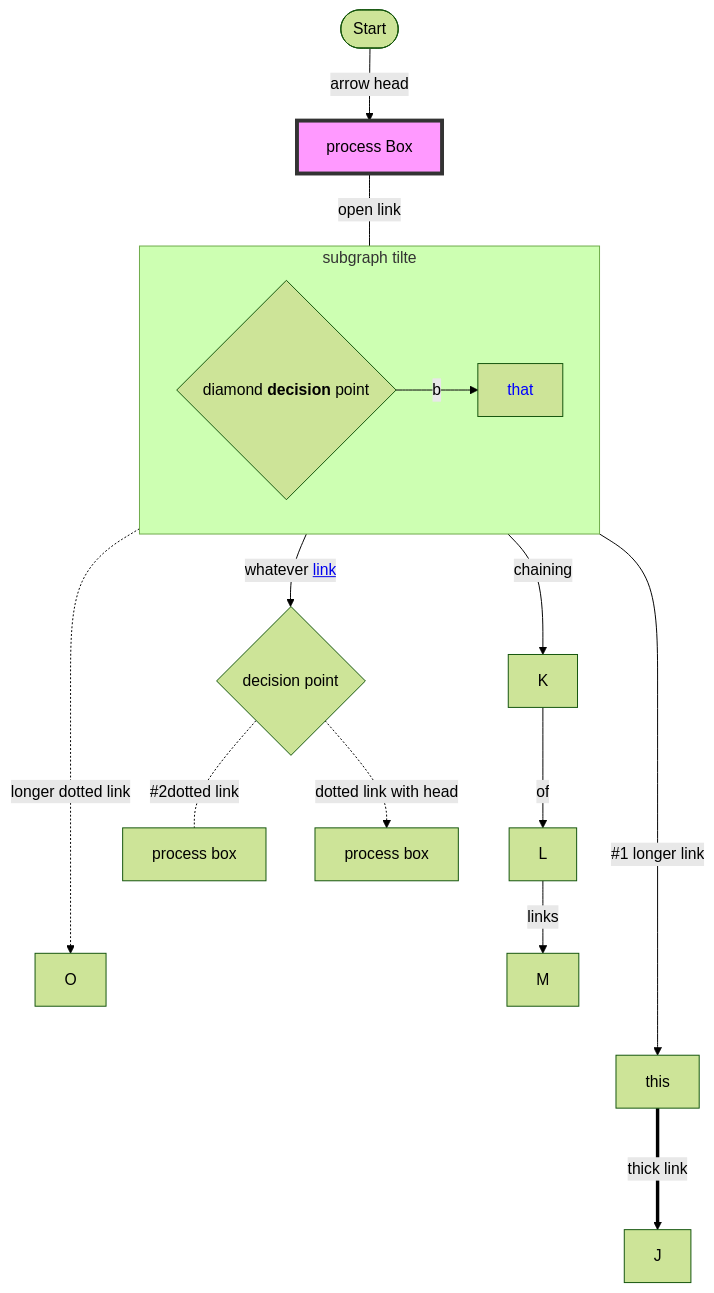
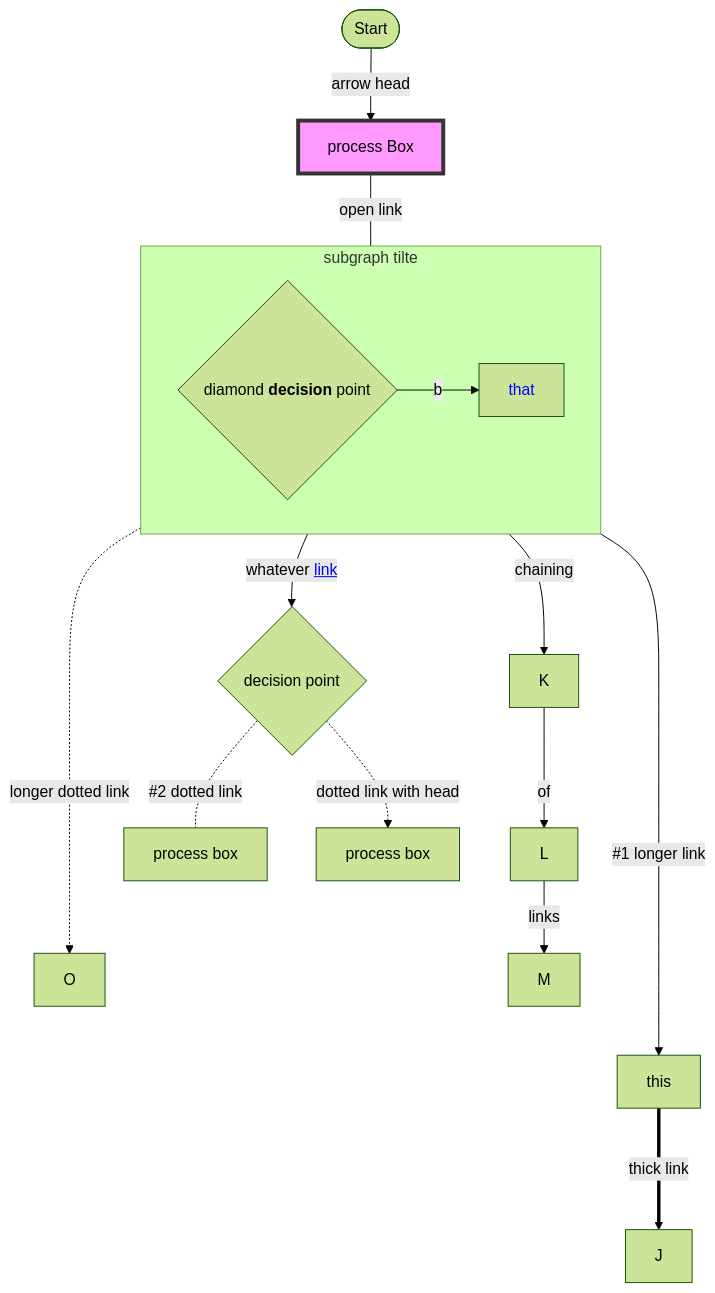
Before and after one commit to sd-godaddy/sandbox: the fourth of 4 diagrams in flowcharts/README.md, drawn with Mermaid. The commit also changed other lines of this file, not shown here.

````diff
--- a/flowcharts/README.md
+++ b/flowcharts/README.md
@@ -102,23 +102,23 @@
 ```mermaid
 %%{init: { 'logLevel': 'debug', 'theme': 'forest' } }%%
 graph TD
     A([Start]) -->|arrow head| B[process Box]
     B ---|open link| C{diamond <b>decision</b> point}
     C ----->|#1 longer link| D[this]
     C -...->|longer dotted link| O
     subgraph subgraph tilte
         direction LR
         C -->|b| E[that]:::link
     end
     C -- chaining --> K -- of --> L -- links --> M
     C -->|whatever <a href='http://google.com'>link</a>| H{decision point}
-    H -.-|#2dotted link| G[process box]    
+    H -.-|#2 dotted link| G[process box]    
     H -.->|dotted link with head| I[process box]
     D ===>|thick link| J
     %% line comment
     click B href "http://www.nooooooooooooooo.com/"
     style B fill:#f9f,stroke:#333,stroke-width:4px
         %% from: https://mermaid-js.github.io/mermaid/#/flowchart?id=styling-a-node
     classDef link color:#00f;
         %% from: https://mermaid-js.github.io/mermaid/#/flowchart?id=css-classes
 ```
````
